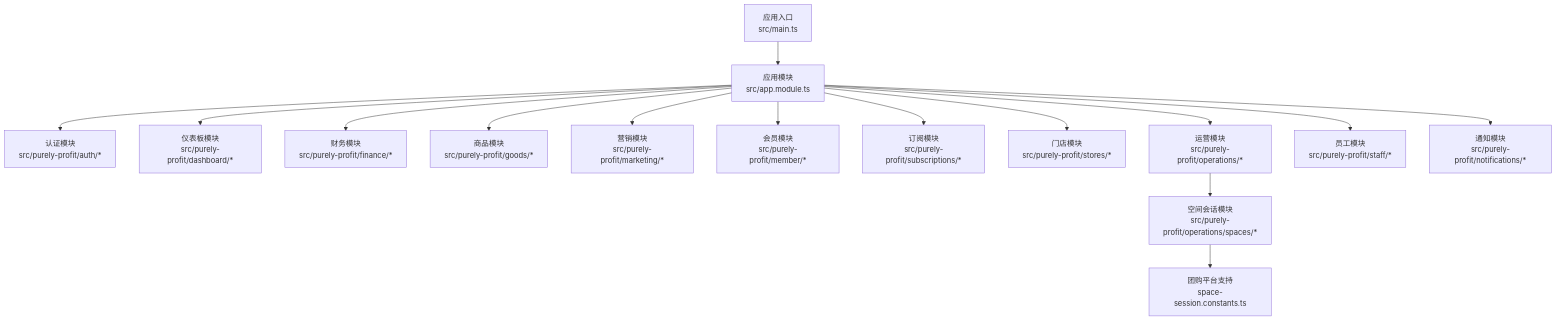
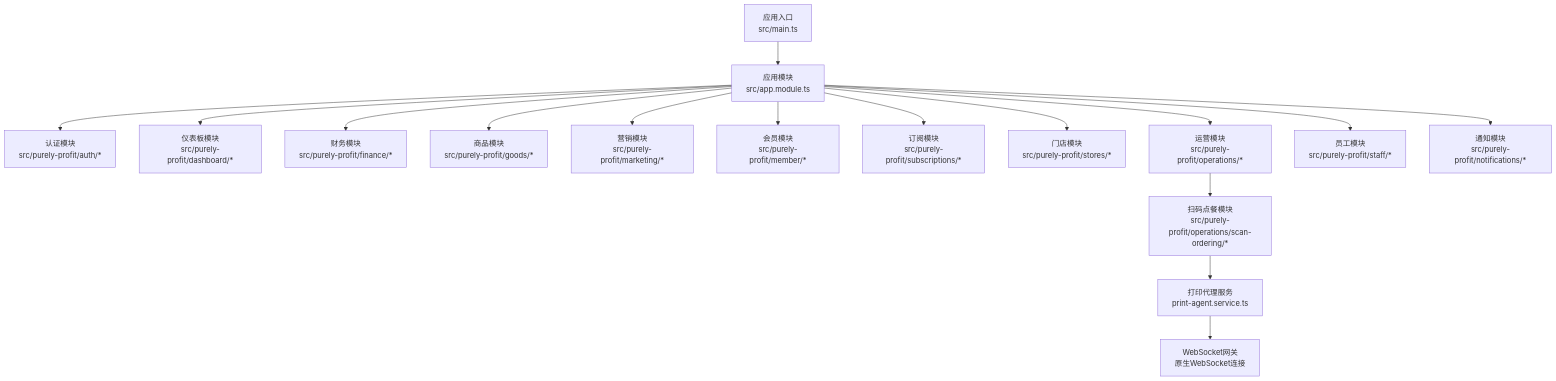
The first of 14 diagrams in .qoder/repowiki/zh/content/API 接口文档/API 接口文档.md (rc558620/purelyprofit-server), drawn with Mermaid before and after one commit. The commit also changed other lines of this file and 14 other files, not shown here.

````diff
--- a/.qoder/repowiki/zh/content/API 接口文档/API 接口文档.md
+++ b/.qoder/repowiki/zh/content/API 接口文档/API 接口文档.md
@@ -280,17 +283,18 @@
 ```mermaid
 graph TB
 A["应用入口<br/>src/main.ts"] --> B["应用模块<br/>src/app.module.ts"]
 B --> C["认证模块<br/>src/purely-profit/auth/*"]
 B --> D["仪表板模块<br/>src/purely-profit/dashboard/*"]
 B --> E["财务模块<br/>src/purely-profit/finance/*"]
 B --> F["商品模块<br/>src/purely-profit/goods/*"]
 B --> G["营销模块<br/>src/purely-profit/marketing/*"]
 B --> H["会员模块<br/>src/purely-profit/member/*"]
 B --> I["订阅模块<br/>src/purely-profit/subscriptions/*"]
 B --> J["门店模块<br/>src/purely-profit/stores/*"]
 B --> K["运营模块<br/>src/purely-profit/operations/*"]
 B --> L["员工模块<br/>src/purely-profit/staff/*"]
 B --> M["通知模块<br/>src/purely-profit/notifications/*"]
-K --> N["空间会话模块<br/>src/purely-profit/operations/spaces/*"]
-N --> O["团购平台支持<br/>space-session.constants.ts"]
+K --> N["扫码点餐模块<br/>src/purely-profit/operations/scan-ordering/*"]
+N --> O["打印代理服务<br/>print-agent.service.ts"]
+O --> P["WebSocket网关<br/>原生WebSocket连接"]
 ```
````
